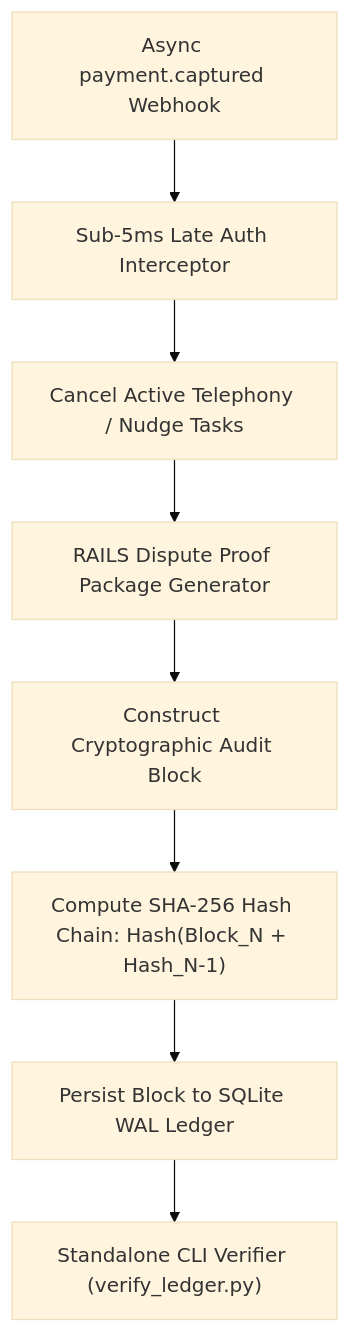
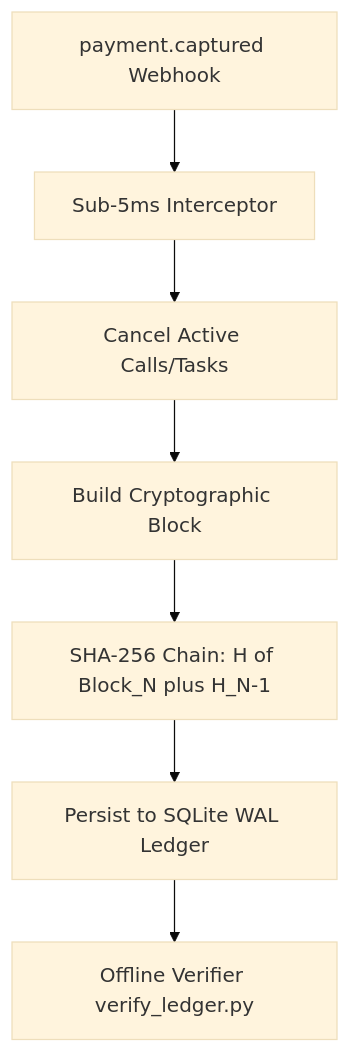
One commit to himanshu-2l/Razorpay-Recovery-Brain changed the sixth of 6 diagrams in README.md. Above: the diagram before and after it, drawn with Mermaid (base theme). The commit also changed other lines of this file, not shown here.

````diff
--- a/README.md
+++ b/README.md
@@ -245,10 +213,9 @@
 ```mermaid
 flowchart TD
-    PAY["Async payment.captured Webhook"] --> INT["Sub-5ms Late Auth Interceptor"]
-    INT --> CANCEL["Cancel Active Telephony / Nudge Tasks"]
-    CANCEL --> RAILS["RAILS Dispute Proof Package Generator"]
-    RAILS --> BLK["Construct Cryptographic Audit Block"]
-    BLK --> SHA["Compute SHA-256 Hash Chain: Hash(Block_N + Hash_N-1)"]
-    SHA --> DISK["Persist Block to SQLite WAL Ledger"]
-    DISK --> VERIFY["Standalone CLI Verifier (verify_ledger.py)"]
+    PAY["payment.captured Webhook"] --> INT["Sub-5ms Interceptor"]
+    INT --> CANCEL["Cancel Active Calls/Tasks"]
+    CANCEL --> BLK["Build Cryptographic Block"]
+    BLK --> SHA["SHA-256 Chain: H of Block_N plus H_N-1"]
+    SHA --> DISK["Persist to SQLite WAL Ledger"]
+    DISK --> VERIFY["Offline Verifier verify_ledger.py"]
 ```
````
